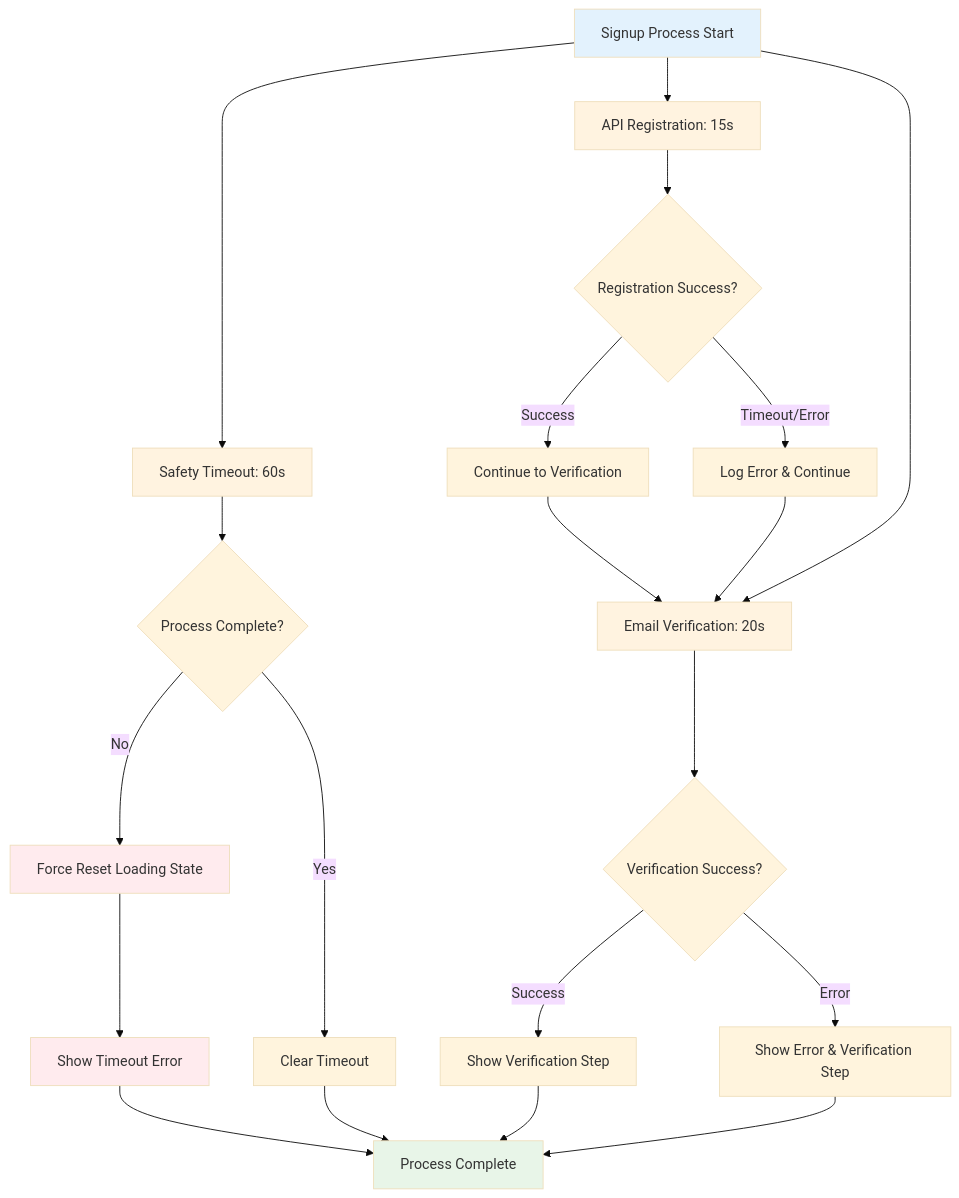
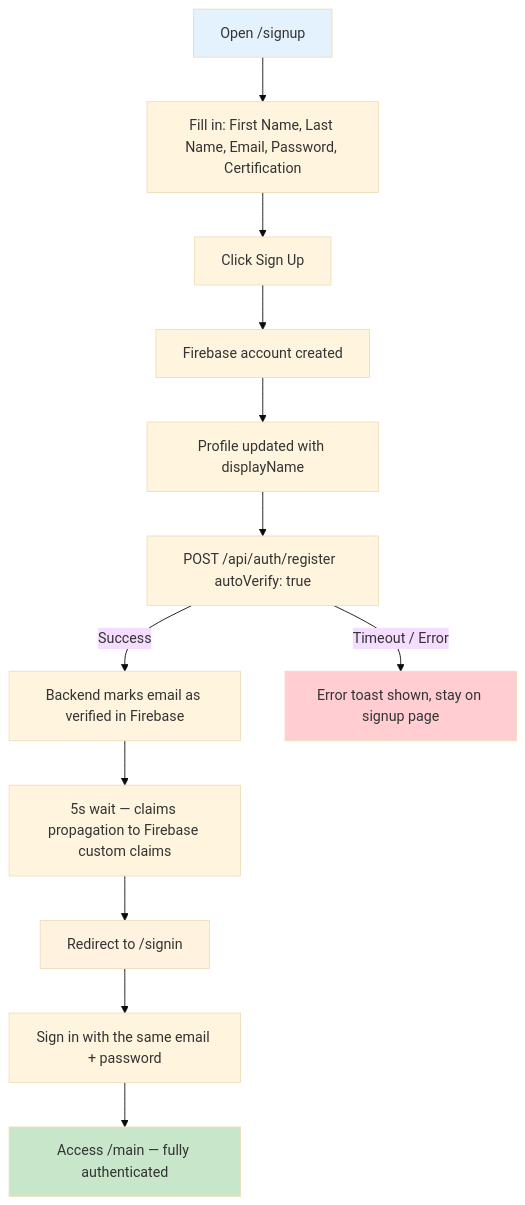
One commit to benxgao/certifai-app changed the third of 3 diagrams in docs/signup.md. Above: the diagram before and after it, drawn with Mermaid (base theme). The commit also changed other lines of this file, not shown here.

Commit message:
Update signup notes

````diff
--- a/docs/signup.md
+++ b/docs/signup.md
@@ -143,35 +127,20 @@
 ```mermaid
 graph TD
-    A[Signup Process Start] --> B[Safety Timeout: 60s]
-    A --> C[API Registration: 15s]
-    A --> D[Email Verification: 20s]
+    A[Open /signup] --> B[Fill in: First Name, Last Name, Email, Password, Certification]
+    B --> C[Click Sign Up]
+    C --> D[Firebase account created]
+    D --> E[Profile updated with displayName]
+    E --> F[POST /api/auth/register  autoVerify: true]
+    F -->|Success| G[Backend marks email as verified in Firebase]
+    G --> H[5s wait — claims propagation to Firebase custom claims]
+    H --> I[Redirect to /signin]
+    I --> J[Sign in with the same email + password]
+    J --> K[Access /main — fully authenticated]
 
-    B --> E{Process Complete?}
-    C --> F{Registration Success?}
-    D --> G{Verification Success?}
-
-    E -->|No| H[Force Reset Loading State]
-    E -->|Yes| I[Clear Timeout]
-
-    F -->|Success| J[Continue to Verification]
-    F -->|Timeout/Error| K[Log Error & Continue]
-
-    G -->|Success| L[Show Verification Step]
-    G -->|Error| M[Show Error & Verification Step]
-
-    H --> N[Show Timeout Error]
-    I --> O[Process Complete]
-    J --> D
-    K --> D
-    L --> O
-    M --> O
-    N --> O
+    F -->|Timeout / Error| ERR[Error toast shown, stay on signup page]
 
     style A fill:#e3f2fd
-    style B fill:#fff3e0
-    style C fill:#fff3e0
-    style D fill:#fff3e0
-    style H fill:#ffebee
-    style N fill:#ffebee
-    style O fill:#e8f5e8
+    style I fill:#fff3e0
+    style K fill:#c8e6c9
+    style ERR fill:#ffcdd2
 ```
````
